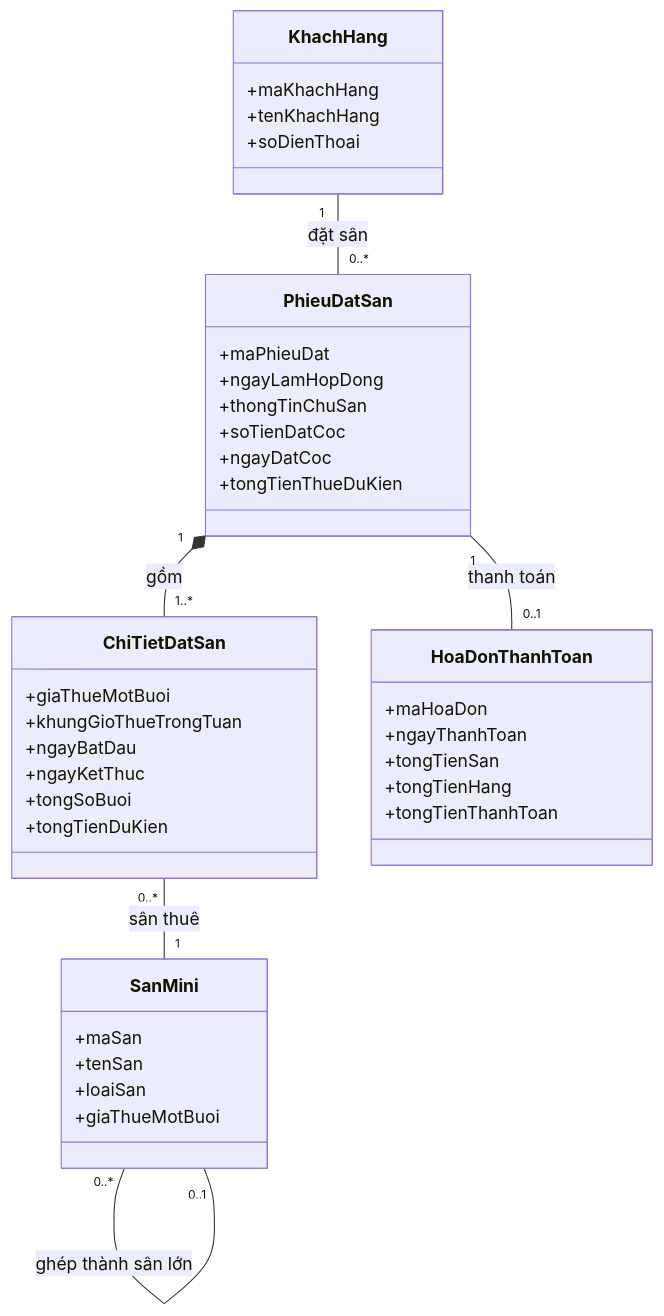
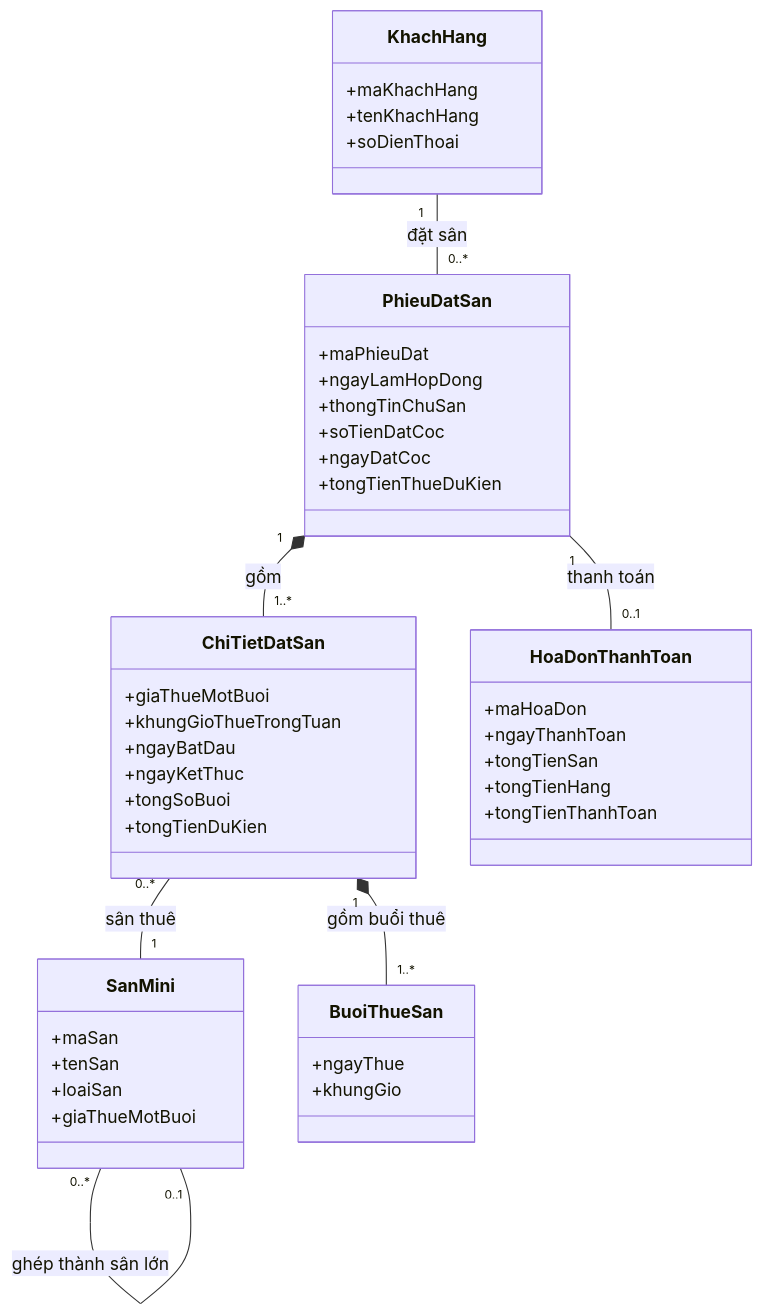
The diagram in ChuDe_11_QuanLySanBongMini/De_55_ThongKeKhungGioThueNhieu/c2.mmd (AnhLM027/NMCNPM_Final), drawn with Mermaid before and after one commit. The commit also changed 46 other files, not shown here.

```diff
--- a/ChuDe_11_QuanLySanBongMini/De_55_ThongKeKhungGioThueNhieu/c2.mmd
+++ b/ChuDe_11_QuanLySanBongMini/De_55_ThongKeKhungGioThueNhieu/c2.mmd
@@ -1,50 +1,56 @@
 %% De_55 - Thống kê khung giờ được thuê nhiều
 classDiagram
     class SanMini {
         +maSan
         +tenSan
         +loaiSan
         +giaThueMotBuoi
     }
 
 
     class KhachHang {
         +maKhachHang
         +tenKhachHang
         +soDienThoai
     }
 
 
     class PhieuDatSan {
         +maPhieuDat
         +ngayLamHopDong
         +thongTinChuSan
         +soTienDatCoc
         +ngayDatCoc
         +tongTienThueDuKien
     }
 
 
     class ChiTietDatSan {
         +giaThueMotBuoi
         +khungGioThueTrongTuan
         +ngayBatDau
         +ngayKetThuc
         +tongSoBuoi
         +tongTienDuKien
     }
 
+    class BuoiThueSan {
+        +ngayThue
+        +khungGio
+    }
+
 
     class HoaDonThanhToan {
         +maHoaDon
         +ngayThanhToan
         +tongTienSan
         +tongTienHang
         +tongTienThanhToan
     }
 
     SanMini "0..*" -- "0..1" SanMini : ghép thành sân lớn
     KhachHang "1" -- "0..*" PhieuDatSan : đặt sân
     PhieuDatSan "1" *-- "1..*" ChiTietDatSan : gồm
     ChiTietDatSan "0..*" -- "1" SanMini : sân thuê
+    ChiTietDatSan "1" *-- "1..*" BuoiThueSan : gồm buổi thuê
     PhieuDatSan "1" -- "0..1" HoaDonThanhToan : thanh toán
```
